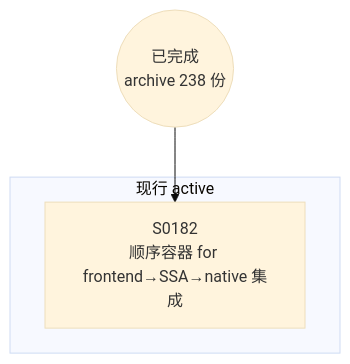
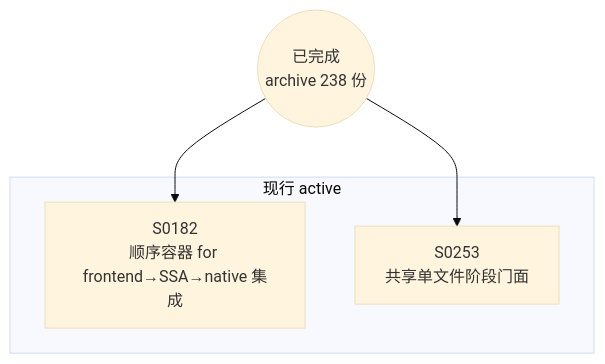
The diagram in docs/specs/dependency-graph.md (Halckon/Koven), drawn with Mermaid (base theme) before and after one commit. The commit also changed other lines of this file and 7 other files, not shown here.

````diff
--- a/docs/specs/dependency-graph.md
+++ b/docs/specs/dependency-graph.md
@@ -9,8 +9,10 @@
 ```mermaid
 flowchart TD
 ARCH(("已完成<br/>archive 238 份"))
 subgraph Gactive["现行 active"]
   S0182["S0182<br/>顺序容器 for frontend→SSA→native 集成"]
+  S0253["S0253<br/>共享单文件阶段门面"]
 end
 ARCH --> S0182
+ARCH --> S0253
 ```
````
